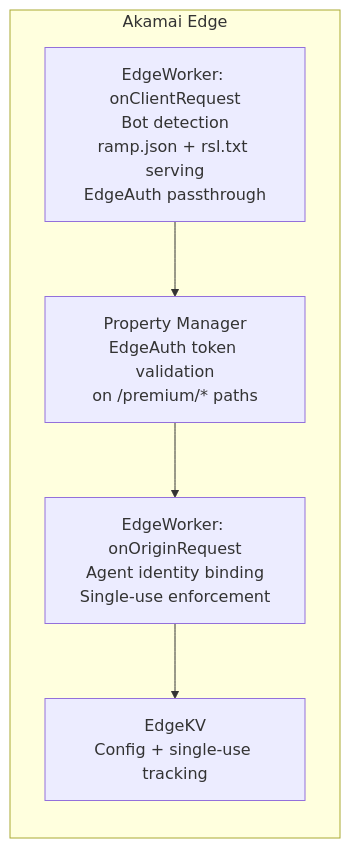
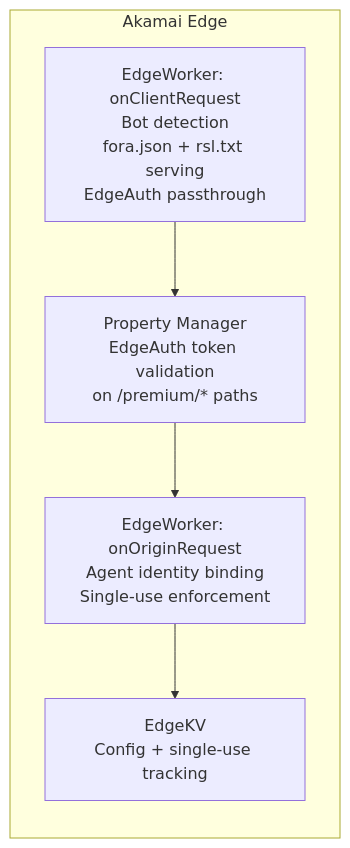
Before and after one commit to FORA-Protocol/protocol: the third of 4 diagrams in website/src/content/docs/components/edge-function/cdn-adapters.mdx, drawn with Mermaid. The commit also changed other lines of this file and 529 other files, not shown here.

First line of the commit message:
Rename the protocol from RAMP to FORA

````diff
--- a/website/src/content/docs/components/edge-function/cdn-adapters.mdx
+++ b/website/src/content/docs/components/edge-function/cdn-adapters.mdx
@@ -270,13 +270,13 @@
 ```mermaid
 graph LR
     subgraph "Akamai Edge"
-        EW_CLIENT["EdgeWorker: onClientRequest<br/>Bot detection<br/>ramp.json + rsl.txt serving<br/>EdgeAuth passthrough"]
+        EW_CLIENT["EdgeWorker: onClientRequest<br/>Bot detection<br/>fora.json + rsl.txt serving<br/>EdgeAuth passthrough"]
         EW_ORIGIN["EdgeWorker: onOriginRequest<br/>Agent identity binding<br/>Single-use enforcement"]
         EKV["EdgeKV<br/>Config + single-use tracking"]
         EDGEAUTH["Property Manager<br/>EdgeAuth token validation<br/>on /premium/* paths"]
     end
 
     EW_CLIENT --> EDGEAUTH
     EDGEAUTH --> EW_ORIGIN
     EW_ORIGIN --> EKV
 ```
````
